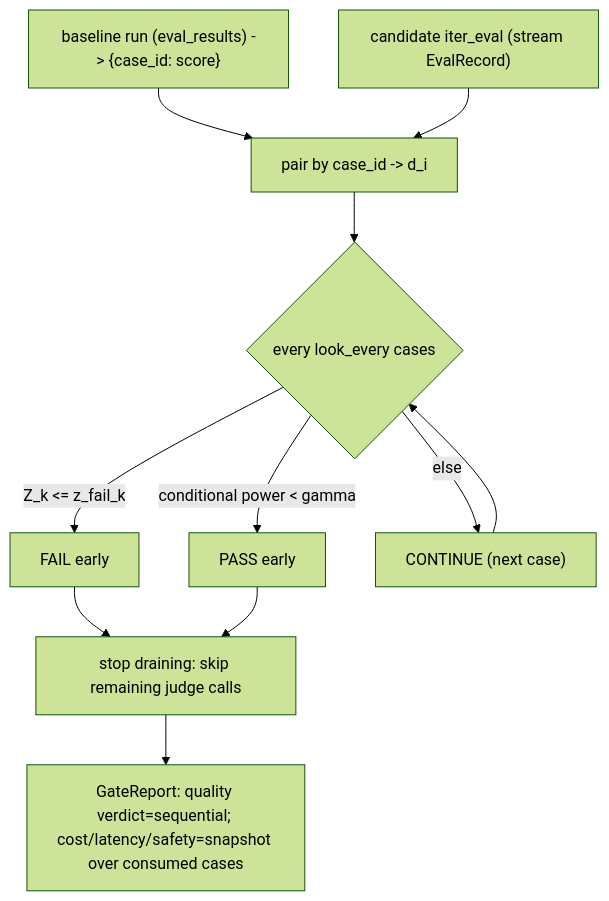
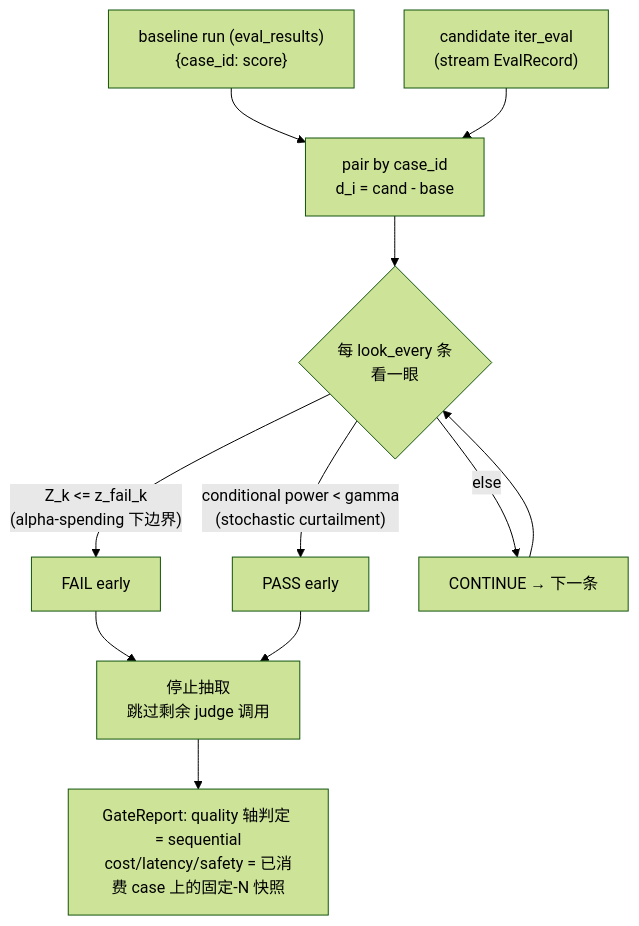
One commit to AndyUneducated/eval-gate changed the first of 2 diagrams in docs/PHASE_15_PLAN.md. Above: the diagram before and after it, drawn with Mermaid (forest theme). The commit also changed other lines of this file and 16 other files, not shown here.

First line of the commit message:
docs: add diagrams and tech-selection rationale to README and phase plans

````diff
--- a/docs/PHASE_15_PLAN.md
+++ b/docs/PHASE_15_PLAN.md
@@ -34,13 +46,13 @@
 ```mermaid
 flowchart TD
-  Base["baseline run (eval_results) -> {case_id: score}"] --> Pair
-  Cand["candidate iter_eval (stream EvalRecord)"] --> Pair["pair by case_id -> d_i"]
-  Pair --> Look{"every look_every cases"}
-  Look -->|"Z_k <= z_fail_k"| Fail["FAIL early"]
-  Look -->|"conditional power < gamma"| Pass["PASS early"]
-  Look -->|else| Cont["CONTINUE (next case)"]
+  Base["baseline run (eval_results)<br/>{case_id: score}"] --> Pair
+  Cand["candidate iter_eval<br/>(stream EvalRecord)"] --> Pair["pair by case_id<br/>d_i = cand - base"]
+  Pair --> Look{"每 look_every 条<br/>看一眼"}
+  Look -->|"Z_k <= z_fail_k<br/>(alpha-spending 下边界)"| Fail["FAIL early"]
+  Look -->|"conditional power < gamma<br/>(stochastic curtailment)"| Pass["PASS early"]
+  Look -->|"else"| Cont["CONTINUE → 下一条"]
   Cont --> Look
-  Fail --> Stop["stop draining: skip remaining judge calls"]
+  Fail --> Stop["停止抽取<br/>跳过剩余 judge 调用"]
   Pass --> Stop
-  Stop --> Report["GateReport: quality verdict=sequential; cost/latency/safety=snapshot over consumed cases"]
+  Stop --> Report["GateReport: quality 轴判定 = sequential<br/>cost/latency/safety = 已消费 case 上的固定-N 快照"]
 ```
````
